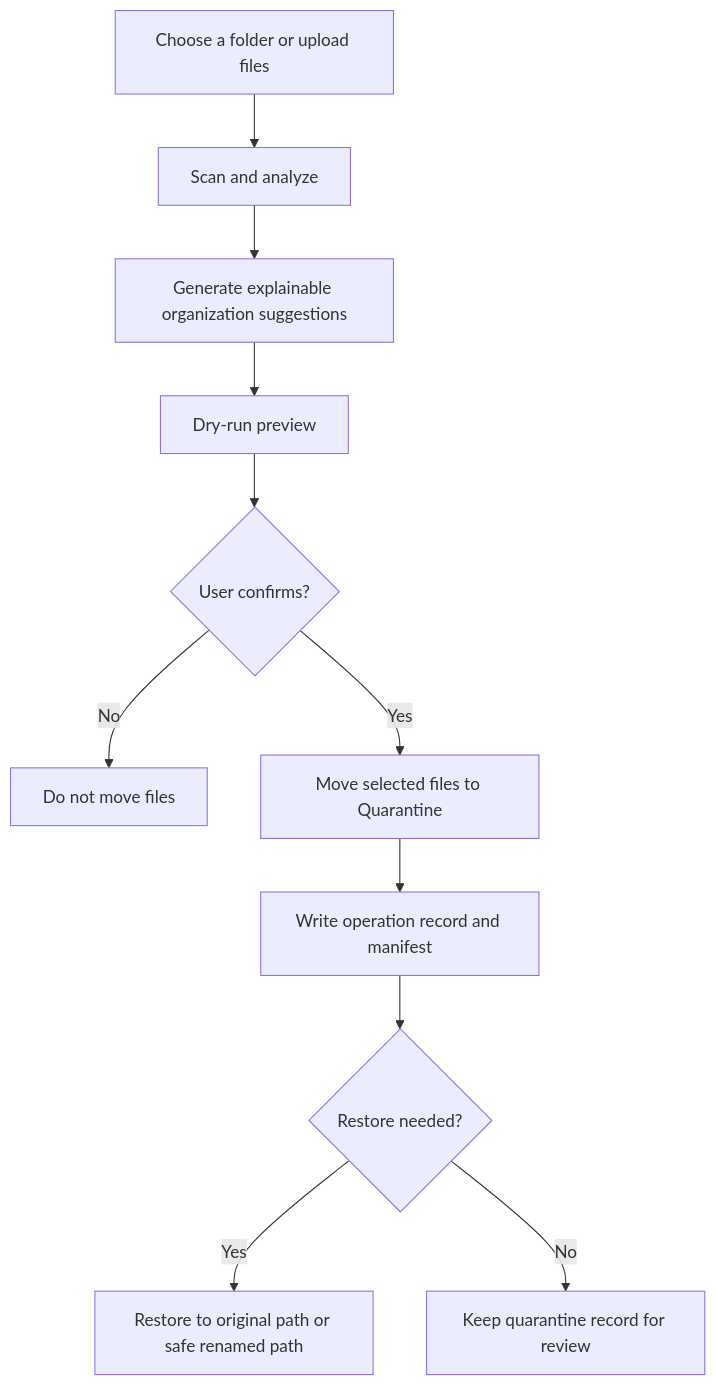
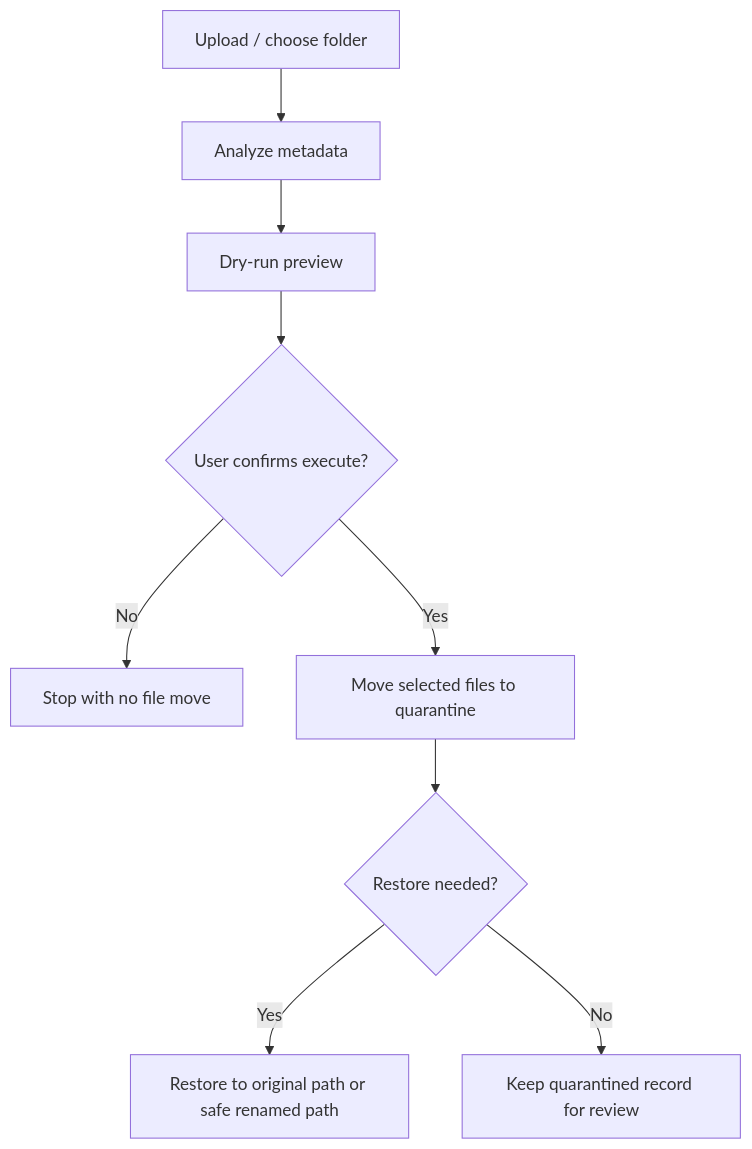
One commit to a1354013-alt/smart_organizer changed the second of 2 diagrams in README.md. Above: the diagram before and after it, drawn with Mermaid. The commit also changed other lines of this file and 10 other files, not shown here.

Commit message:
Harden README, schema indexes, sanitizer, tests, and release packaging

````diff
--- a/README.md
+++ b/README.md
@@ -51,13 +40,11 @@
 ```mermaid
 flowchart TD
-    A["Choose a folder or upload files"] --> B["Scan and analyze"]
-    B --> C["Generate explainable organization suggestions"]
-    C --> D["Dry-run preview"]
-    D --> E{"User confirms?"}
-    E -->|No| F["Do not move files"]
-    E -->|Yes| G["Move selected files to Quarantine"]
-    G --> H["Write operation record and manifest"]
-    H --> I{"Restore needed?"}
-    I -->|Yes| J["Restore to original path or safe renamed path"]
-    I -->|No| K["Keep quarantine record for review"]
+    Upload["Upload / choose folder"] --> Analyze["Analyze metadata"]
+    Analyze --> DryRun["Dry-run preview"]
+    DryRun --> Execute{"User confirms execute?"}
+    Execute -->|No| Stop["Stop with no file move"]
+    Execute -->|Yes| Quarantine["Move selected files to quarantine"]
+    Quarantine --> Restore{"Restore needed?"}
+    Restore -->|Yes| RestoreAction["Restore to original path or safe renamed path"]
+    Restore -->|No| Keep["Keep quarantined record for review"]
 ```
````
